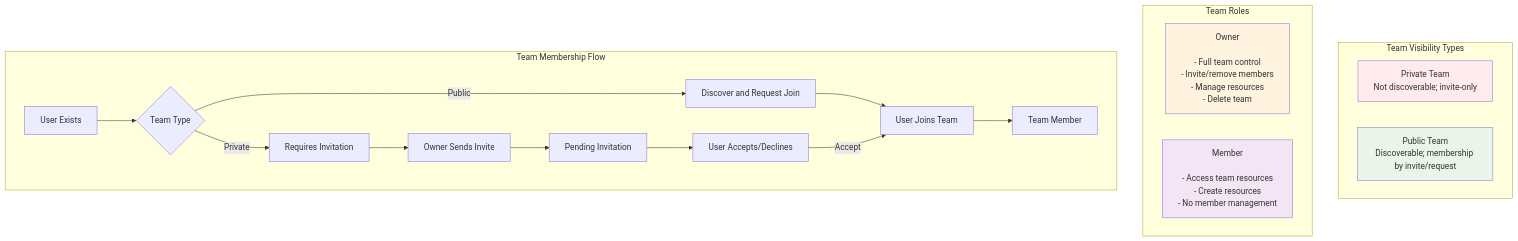
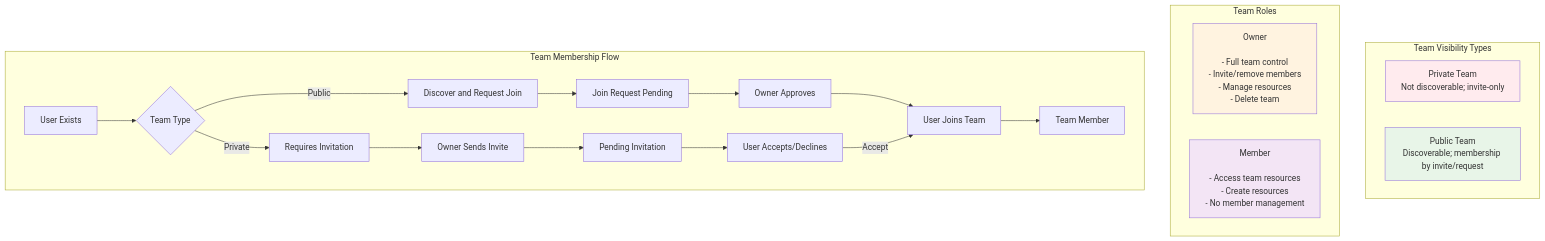
The fourth of 16 diagrams in docs/docs/architecture/multitenancy.md (tedhabeck/mcp-context-forge), drawn with Mermaid before and after one commit. The commit also changed other lines of this file and 147 other files, not shown here.

First line of the commit message:
docs: refresh docs formatting, links, and diagrams (#2624)

````diff
--- a/docs/docs/architecture/multitenancy.md
+++ b/docs/docs/architecture/multitenancy.md
@@ -148,42 +169,44 @@
 ```mermaid
 flowchart TB
     subgraph "Team Visibility Types"
         T1["Private Team
 Not discoverable; invite-only"]
         T2["Public Team
 Discoverable; membership by invite/request"]
     end
 
     subgraph "Team Roles"
         R1["Owner
 
 - Full team control
 - Invite/remove members
 - Manage resources
 - Delete team"]
         R2["Member
 
 - Access team resources
 - Create resources
 - No member management"]
     end
 
     subgraph "Team Membership Flow"
         A[User Exists] --> B{Team Type}
         B -->|Private| C[Requires Invitation]
         B -->|Public| D[Discover and Request Join]
 
         C --> E[Owner Sends Invite]
         E --> F[Pending Invitation]
         F --> G[User Accepts/Declines]
 
-        D --> H[User Joins Team]
+        D --> J[Join Request Pending]
+        J --> K[Owner Approves]
+        K --> H[User Joins Team]
         G -->|Accept| H
         H --> I[Team Member]
     end
 
     style T1 fill:#ffebee
     style T2 fill:#e8f5e8
     style R1 fill:#fff3e0
     style R2 fill:#f3e5f5
 ```
````
